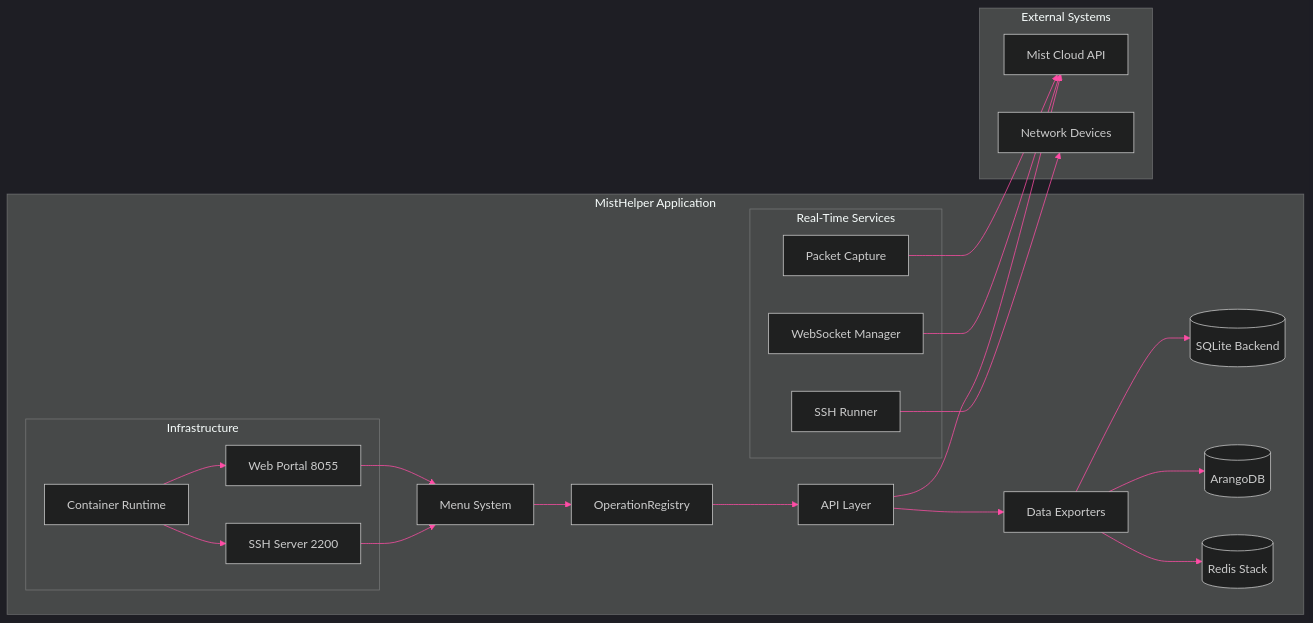
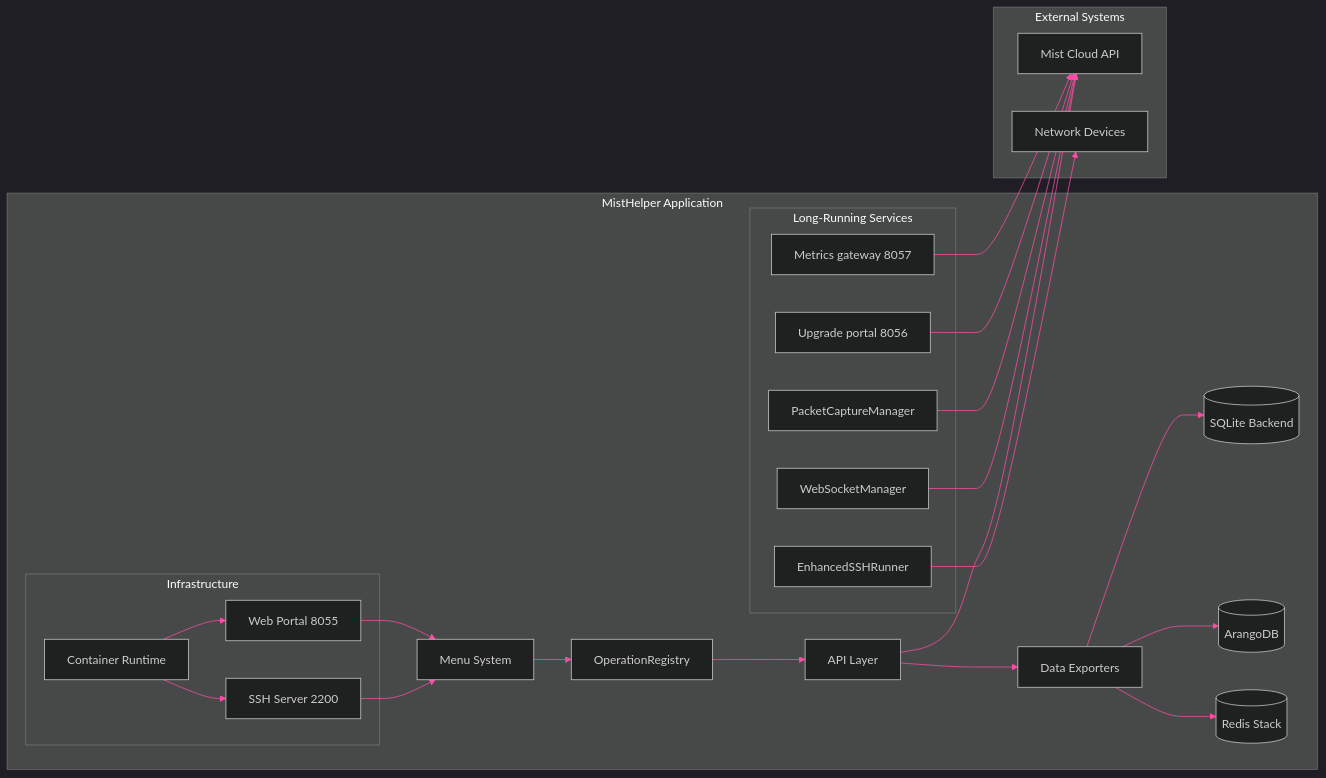
Before and after one commit to jmorrison-juniper/MistHelper: the second of 3 diagrams in documentation/diagrams/core/architecture-overview.md, drawn with Mermaid. The commit also changed other lines of this file and 110 other files, not shown here.

````diff
--- a/documentation/diagrams/core/architecture-overview.md
+++ b/documentation/diagrams/core/architecture-overview.md
@@ -44,50 +44,54 @@
 ```mermaid
 %%{init: {'theme': 'dark', 'themeVariables': {
   'primaryColor': '#E20074',
   'primaryTextColor': '#E0E0E0',
   'primaryBorderColor': '#99004D',
   'lineColor': '#FF4DA6',
   'secondaryColor': '#16213E',
   'tertiaryColor': '#1A1A2E',
   'fontFamily': 'ui-monospace, monospace'
 }}}%%
 flowchart LR
     subgraph misthelper["MistHelper Application"]
         menu["Menu System"]
         registry["OperationRegistry"]
         api["API Layer"]
         exporters["Data Exporters"]
         db[("SQLite Backend")]
         arango[("ArangoDB")]
         redis[("Redis Stack")]
 
-        subgraph realtime["Real-Time Services"]
-            websocket["WebSocket Manager"]
-            ssh_runner["SSH Runner"]
-            pcap["Packet Capture"]
+        subgraph services["Long-Running Services"]
+            websocket["WebSocketManager"]
+            ssh_runner["EnhancedSSHRunner"]
+            pcap["PacketCaptureManager"]
+            capture_portal["Upgrade portal 8056"]
+            metrics_gateway["Metrics gateway 8057"]
         end
 
         subgraph infra["Infrastructure"]
             container["Container Runtime"]
             web_portal["Web Portal 8055"]
             ssh_server["SSH Server 2200"]
         end
     end
 
     subgraph external["External Systems"]
         mist_api["Mist Cloud API"]
         devices["Network Devices"]
     end
 
     menu --> registry --> api --> exporters --> db
     exporters --> arango
     exporters --> redis
     api --> mist_api
     websocket --> mist_api
     ssh_runner --> devices
     pcap --> mist_api
+    capture_portal --> mist_api
+    metrics_gateway --> mist_api
     ssh_server --> menu
     web_portal --> menu
     container --> ssh_server
     container --> web_portal
 ```
````
